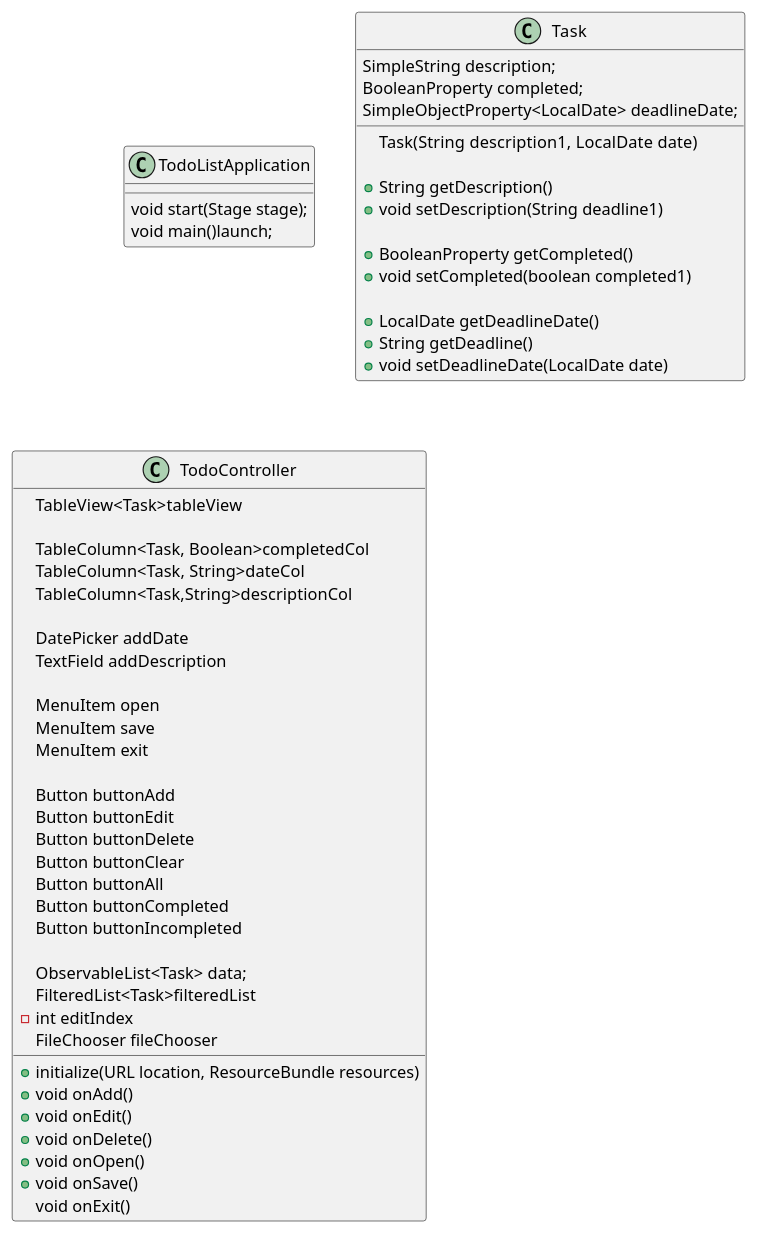
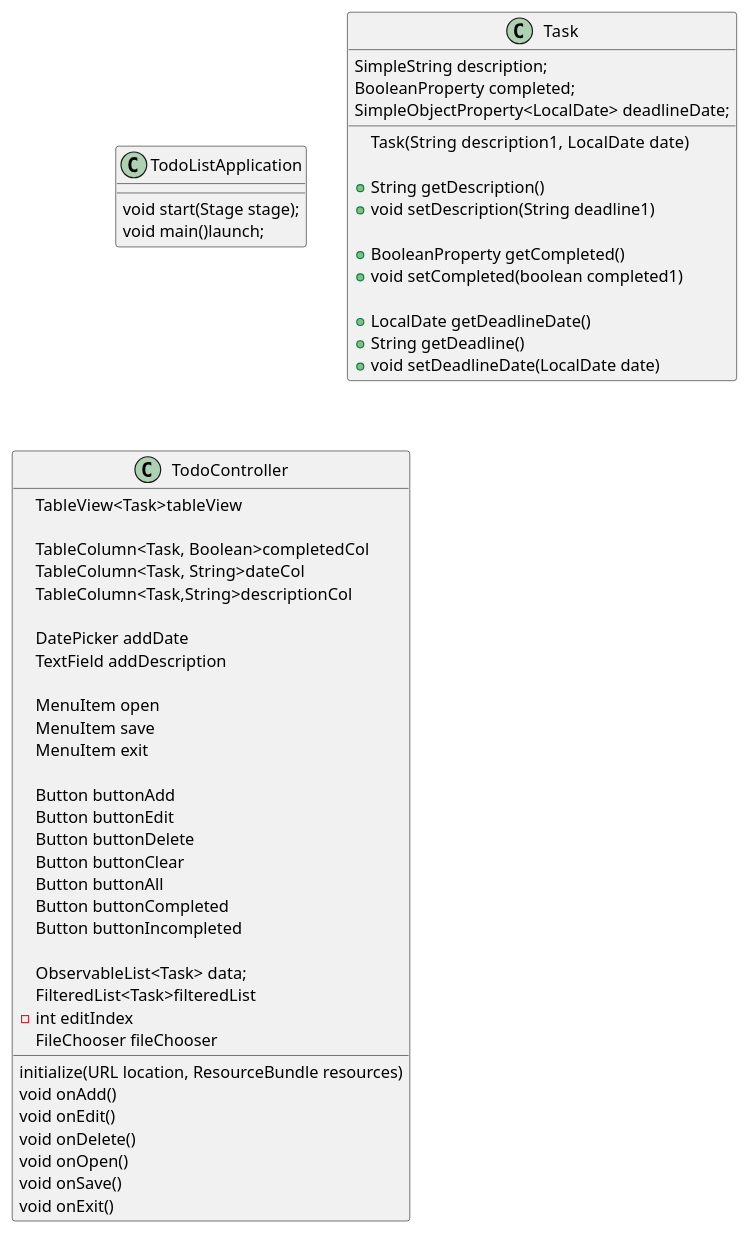
The diagram in docs/ToDoListUML.puml (Fed-Abreu/AbreuSeymour-app1-impl), drawn with PlantUML before and after one commit. The commit also changed 3 other files, not shown here.

```diff
--- a/docs/ToDoListUML.puml
+++ b/docs/ToDoListUML.puml
@@ -1,60 +1,60 @@
 @startuml
 'https://plantuml.com/class-diagram
 Class TodoListApplication{
 void start(Stage stage);
 void main()launch;
 }
 Class Task{
 SimpleString description;
 BooleanProperty completed;
 SimpleObjectProperty<LocalDate> deadlineDate;
 
 Task(String description1,  LocalDate date)
 
 + String getDescription()
 + void setDescription(String deadline1)
 
 + BooleanProperty getCompleted()
 + void setCompleted(boolean completed1)
 
 + LocalDate getDeadlineDate()
 + String getDeadline()
 + void setDeadlineDate(LocalDate date)
 }
 
 Class TodoController{
 TableView<Task>tableView
 
 TableColumn<Task, Boolean>completedCol
 TableColumn<Task, String>dateCol
 TableColumn<Task,String>descriptionCol
 
 DatePicker addDate
 TextField addDescription
 
 MenuItem open
 MenuItem save
 MenuItem exit
 
 Button buttonAdd
 Button buttonEdit
 Button buttonDelete
 Button buttonClear
 Button buttonAll
 Button buttonCompleted
 Button buttonIncompleted
 
 ObservableList<Task> data;
 FilteredList<Task>filteredList
 - int editIndex
 FileChooser fileChooser
 
-+ initialize(URL location, ResourceBundle resources)
-+ void onAdd()
-+ void onEdit()
-+ void onDelete()
-+ void onOpen()
-+ void onSave()
+initialize(URL location, ResourceBundle resources)
+void onAdd()
+void onEdit()
+void onDelete()
+void onOpen()
+void onSave()
 void onExit()
 }
 @enduml
```
